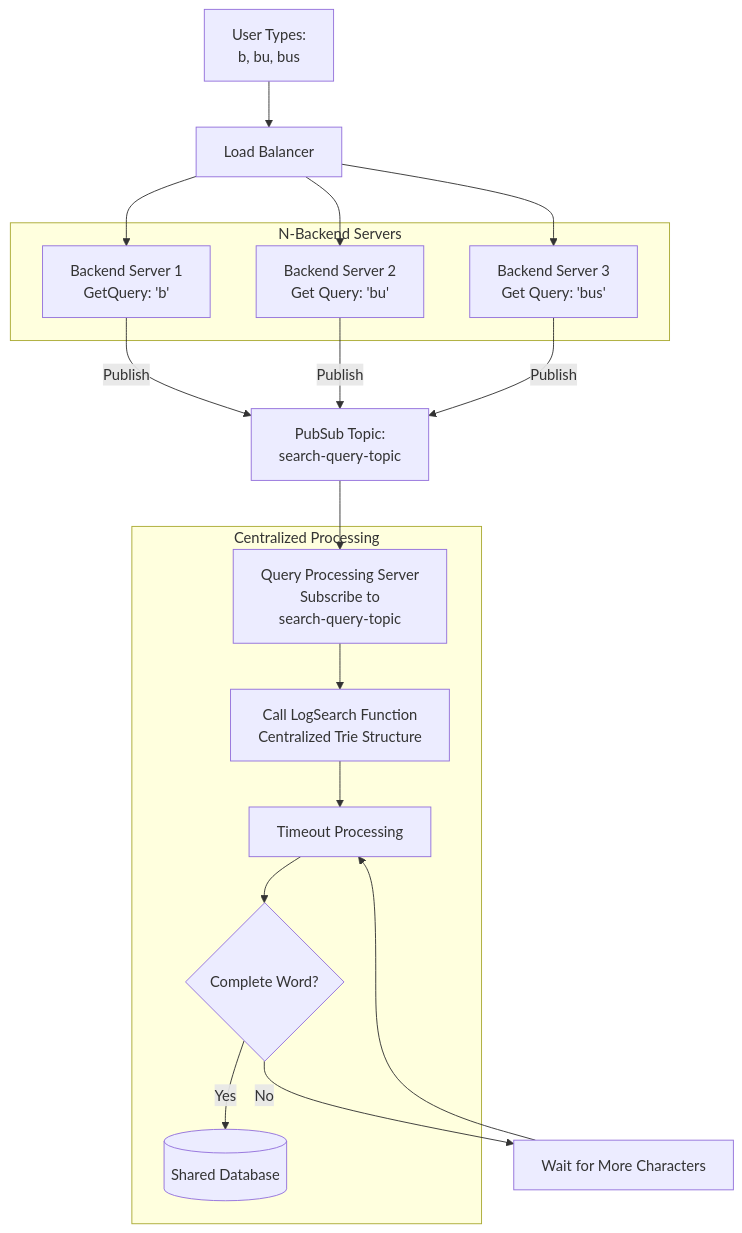
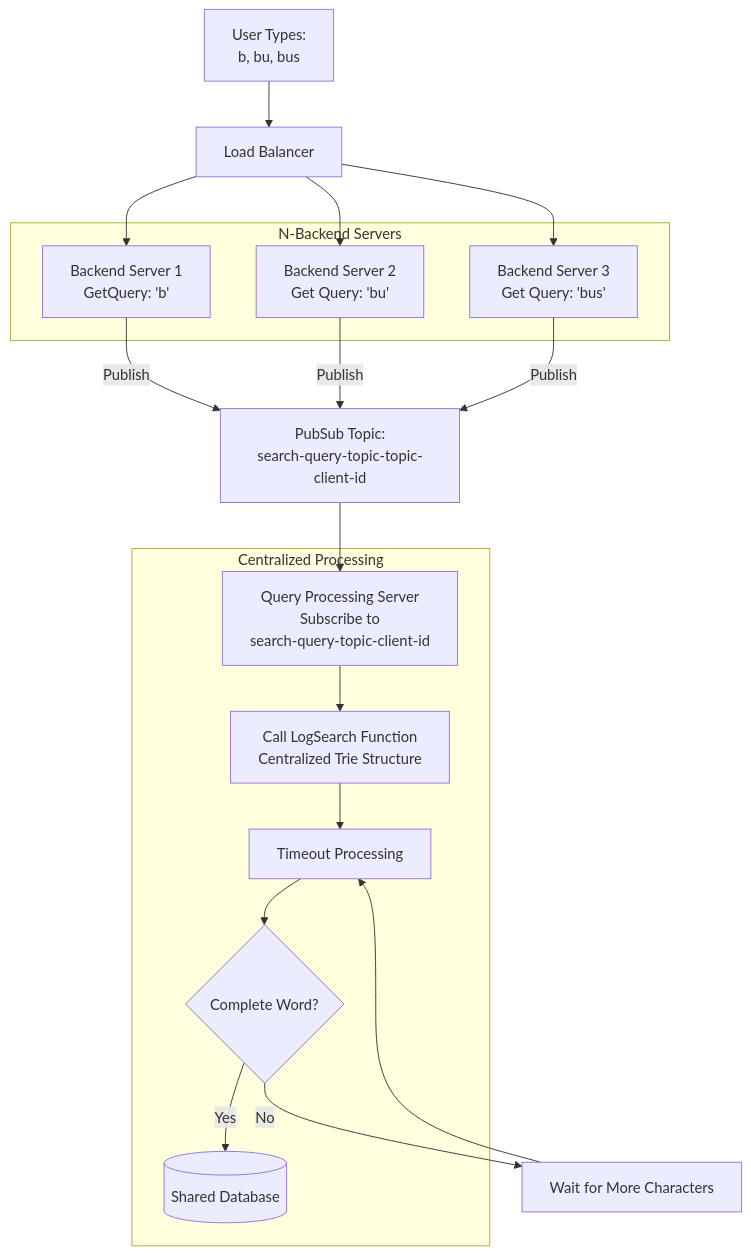
Before and after one commit to afanwang/logsearch: the diagram in README.md, drawn with Mermaid. The commit also changed other lines of this file and 1 other file, not shown here.

Commit message:
update: README.md with mroe thoughts on architecture design and simplify isPrefixOfAnyWord logic

````diff
--- a/README.md
+++ b/README.md
@@ -82,36 +91,36 @@
-```mermaid
+```mermaid 
 graph TD
     A[User Types:<br/> b, bu, bus] --> B[Load Balancer]
     
     B --> C[Backend Server 1<br/>GetQuery: 'b']
     B --> D[Backend Server 2<br/>Get Query: 'bu']  
     B --> E[Backend Server 3<br/>Get Query: 'bus']
     
-    C -->|Publish| F[PubSub Topic:<br/>search-query-topic]
+    C -->|Publish| F[PubSub Topic:<br/>search-query-topic-topic-client-id]
     D -->|Publish| F
     E -->|Publish| F
 
-    F --> G[Query Processing Server<br/> Subscribe to <br/>search-query-topic]
+    F --> G[Query Processing Server<br/> Subscribe to <br/>search-query-topic-client-id]
 
     G --> H[Call LogSearch Function<br/>Centralized Trie Structure]
     H --> I[Timeout Processing]
     I --> J{Complete Word?}
     
     J -->|Yes| K[(Shared Database)]
     J -->|No| L[Wait for More Characters]
     L --> I
     
     subgraph "N-Backend Servers"
         C
         D  
         E
     end
     
     subgraph "Centralized Processing"
         G
         H
         I
         J
         K
     end
 ```
````
